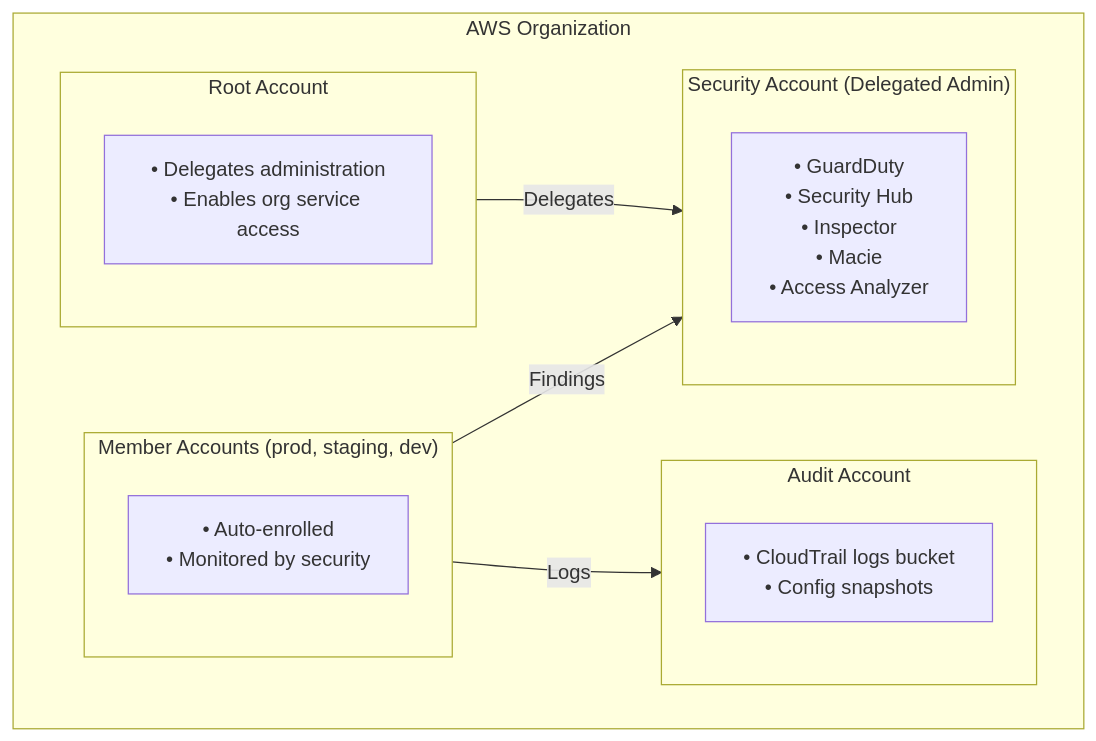
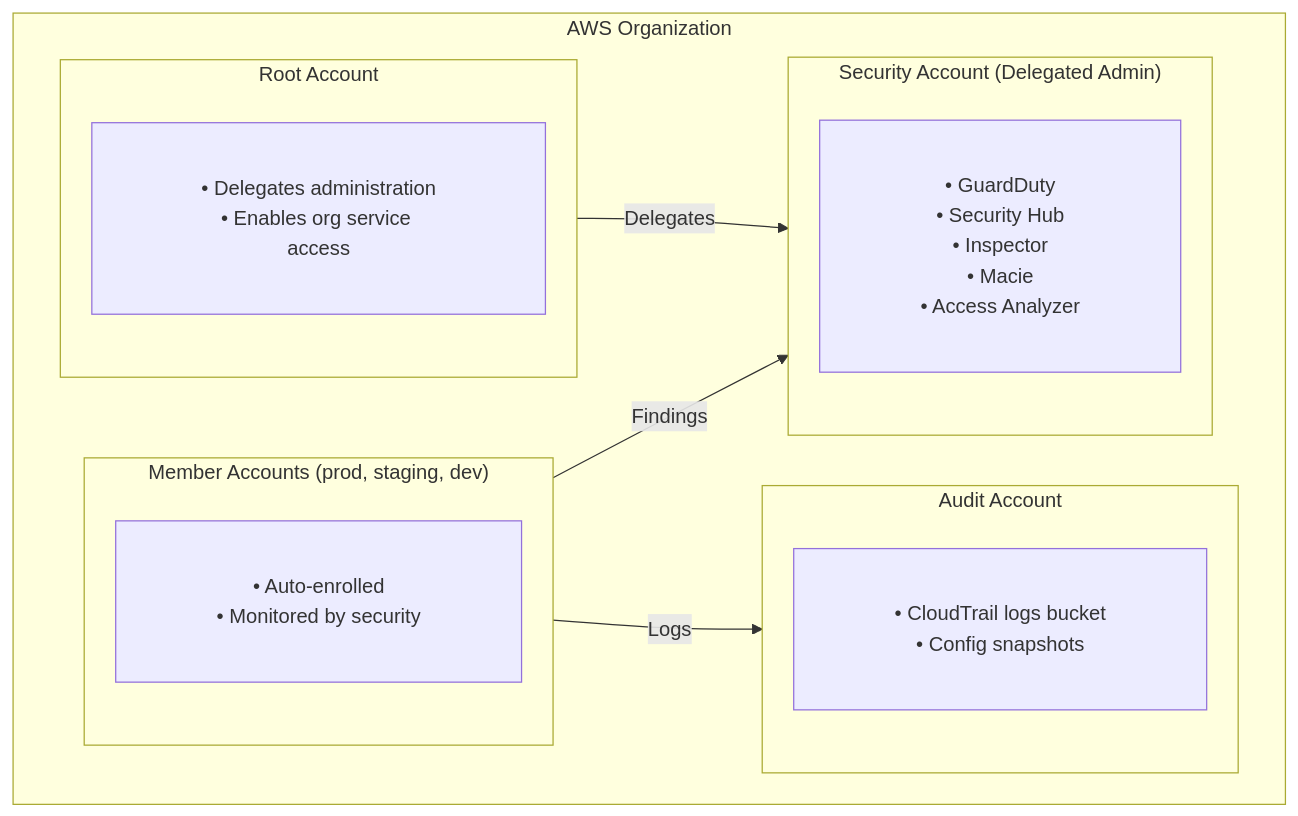
Before and after one commit to cloudposse/docs: the first of 4 diagrams in docs/layers/security-and-compliance/security-and-compliance.mdx, drawn with Mermaid. The commit also changed 11 other files, not shown here.

````diff
--- a/docs/layers/security-and-compliance/security-and-compliance.mdx
+++ b/docs/layers/security-and-compliance/security-and-compliance.mdx
@@ -30,24 +30,25 @@
 ```mermaid
+%%{init: {'flowchart': {'padding': 40, 'nodeSpacing': 30, 'rankSpacing': 50}}}%%
 flowchart TB
     subgraph org["AWS Organization"]
         subgraph root["Root Account"]
             root_tasks["• Delegates administration<br/>• Enables org service access"]
         end
 
         subgraph security["Security Account (Delegated Admin)"]
             sec_services["• GuardDuty<br/>• Security Hub<br/>• Inspector<br/>• Macie<br/>• Access Analyzer"]
         end
 
         subgraph audit["Audit Account"]
             audit_storage["• CloudTrail logs bucket<br/>• Config snapshots"]
         end
 
         subgraph members["Member Accounts (prod, staging, dev)"]
             member_info["• Auto-enrolled<br/>• Monitored by security"]
         end
     end
 
     root -->|"Delegates"| security
     members -->|"Findings"| security
     members -->|"Logs"| audit
 ```
````
